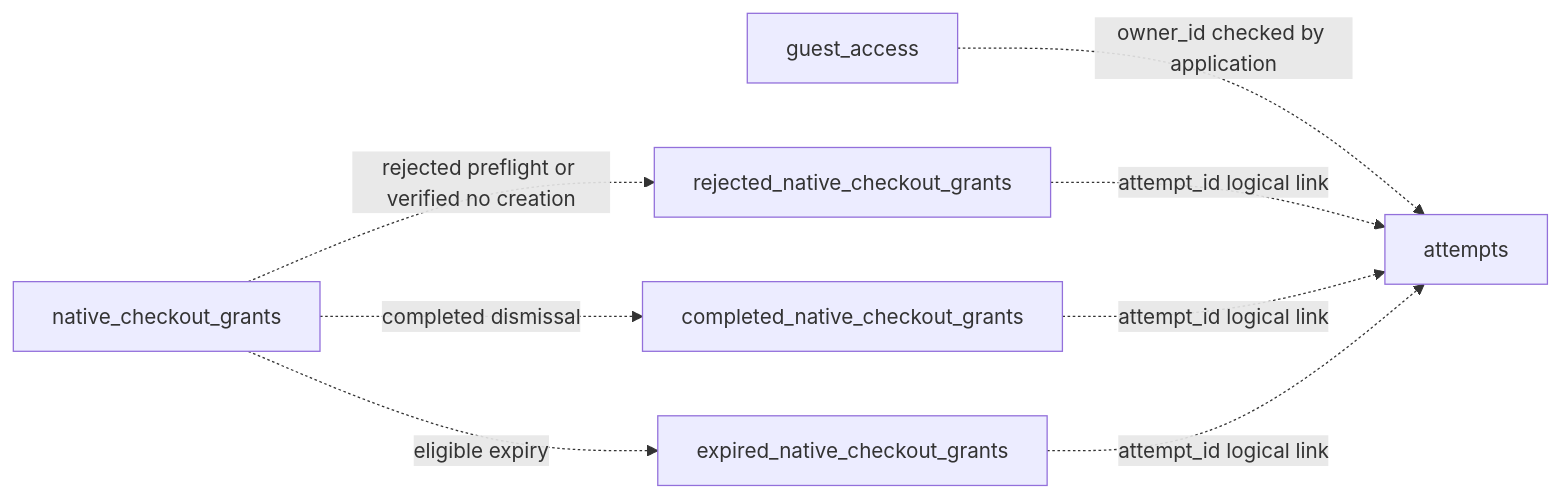
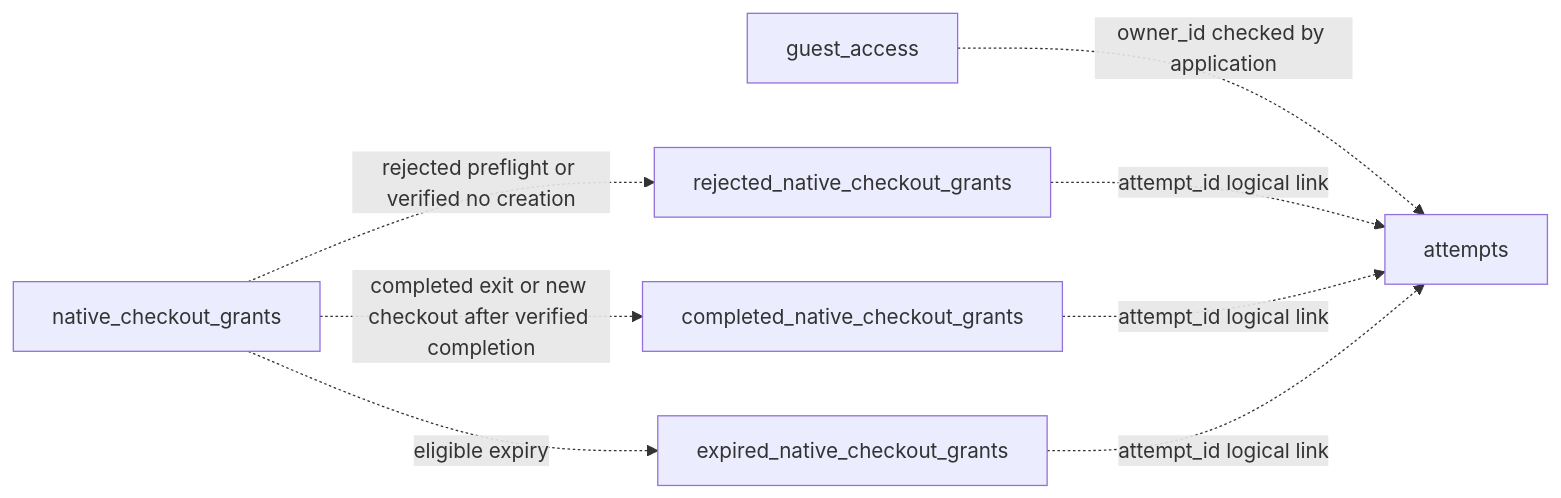
Before and after one commit to soccerbotstudiosg/soccerbotstudioSG: the third of 8 diagrams in docs/architecture/database-schema.md, drawn with Mermaid. The commit also changed other lines of this file and 20 other files, not shown here.

````diff
--- a/docs/architecture/database-schema.md
+++ b/docs/architecture/database-schema.md
@@ -82,10 +82,10 @@
 ```mermaid
 flowchart LR
   guest_access -. "owner_id checked by application" .-> attempts
   native_checkout_grants -. "rejected preflight or verified no creation" .-> rejected_native_checkout_grants
-  native_checkout_grants -. "completed dismissal" .-> completed_native_checkout_grants
+  native_checkout_grants -. "completed exit or new checkout after verified completion" .-> completed_native_checkout_grants
   native_checkout_grants -. "eligible expiry" .-> expired_native_checkout_grants
   rejected_native_checkout_grants -. "attempt_id logical link" .-> attempts
   completed_native_checkout_grants -. "attempt_id logical link" .-> attempts
   expired_native_checkout_grants -. "attempt_id logical link" .-> attempts
 ```
````
